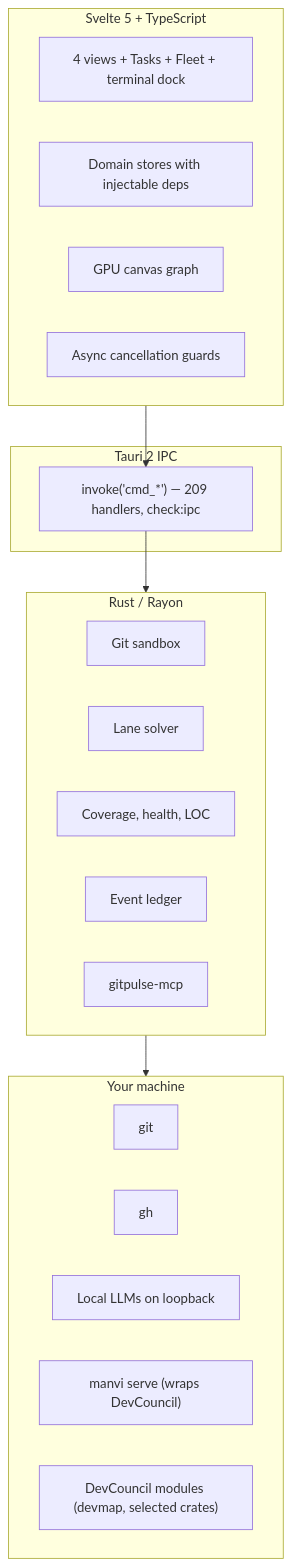
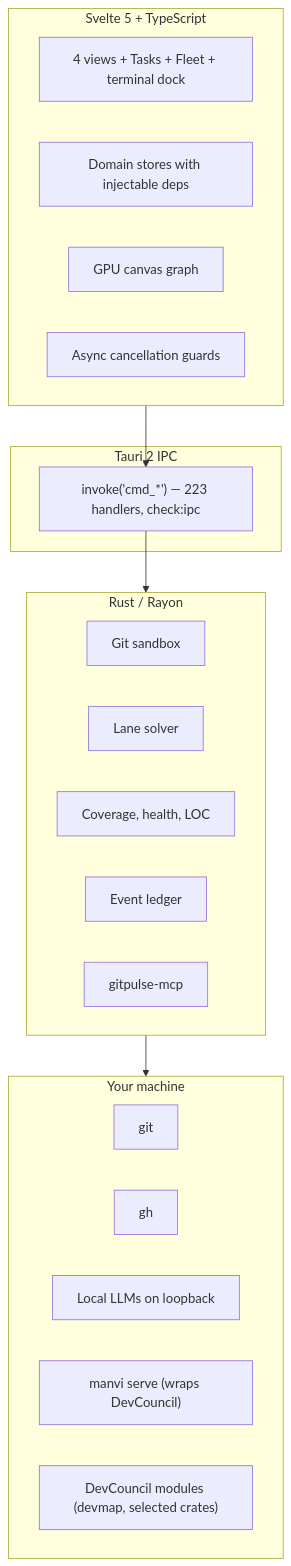
Before and after one commit to bharathvbcr/GitPulse: the diagram in wiki/Architecture.md, drawn with Mermaid. The commit also changed 23 other files, not shown here.

````diff
--- a/wiki/Architecture.md
+++ b/wiki/Architecture.md
@@ -7,28 +7,28 @@
 ```mermaid
 flowchart TB
     subgraph Frontend["Svelte 5 + TypeScript"]
         Views["4 views + Tasks + Fleet + terminal dock"]
         Stores["Domain stores with injectable deps"]
         Canvas["GPU canvas graph"]
         Guards["Async cancellation guards"]
     end
     subgraph IPC["Tauri 2 IPC"]
-        Bridge["invoke('cmd_*') — 209 handlers, check:ipc"]
+        Bridge["invoke('cmd_*') — 223 handlers, check:ipc"]
     end
     subgraph Backend["Rust / Rayon"]
         Git["Git sandbox"]
         Graph["Lane solver"]
         Analyzers["Coverage, health, LOC"]
         Ledger["Event ledger"]
         MCP["gitpulse-mcp"]
     end
     subgraph Local["Your machine"]
         GitCLI["git"]
         GhCLI["gh"]
         LLM["Local LLMs on loopback"]
         Manvi["manvi serve (wraps DevCouncil)"]
         DevCouncil["DevCouncil modules (devmap, selected crates)"]
     end
     Frontend --> Bridge --> Backend
     Backend --> Local
 ```
````
